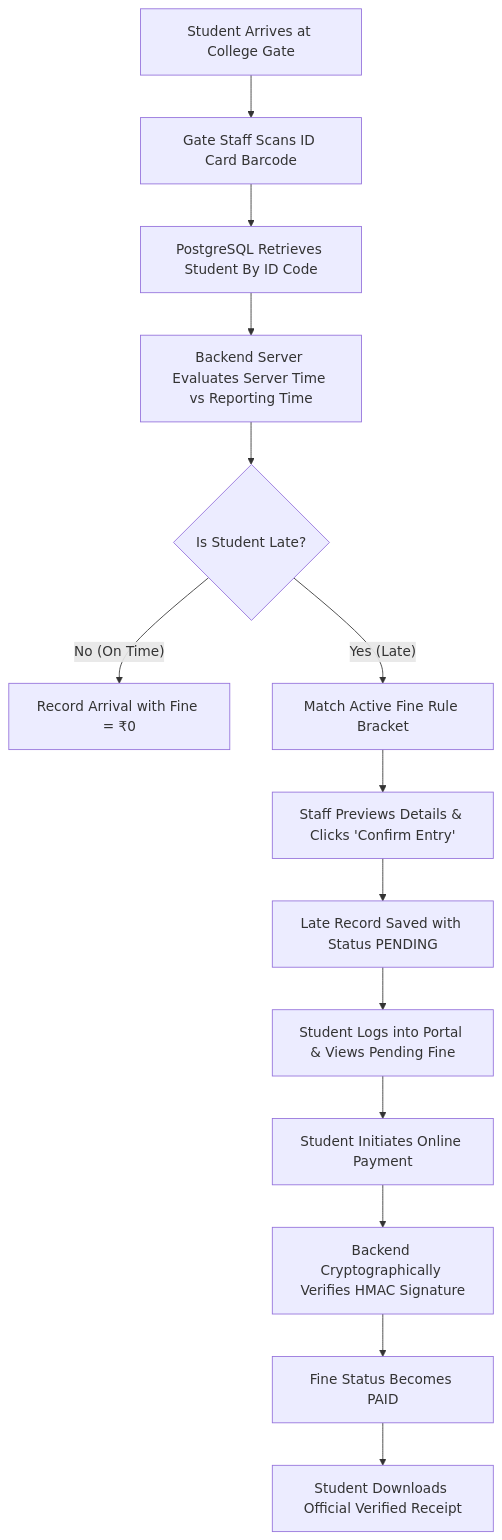
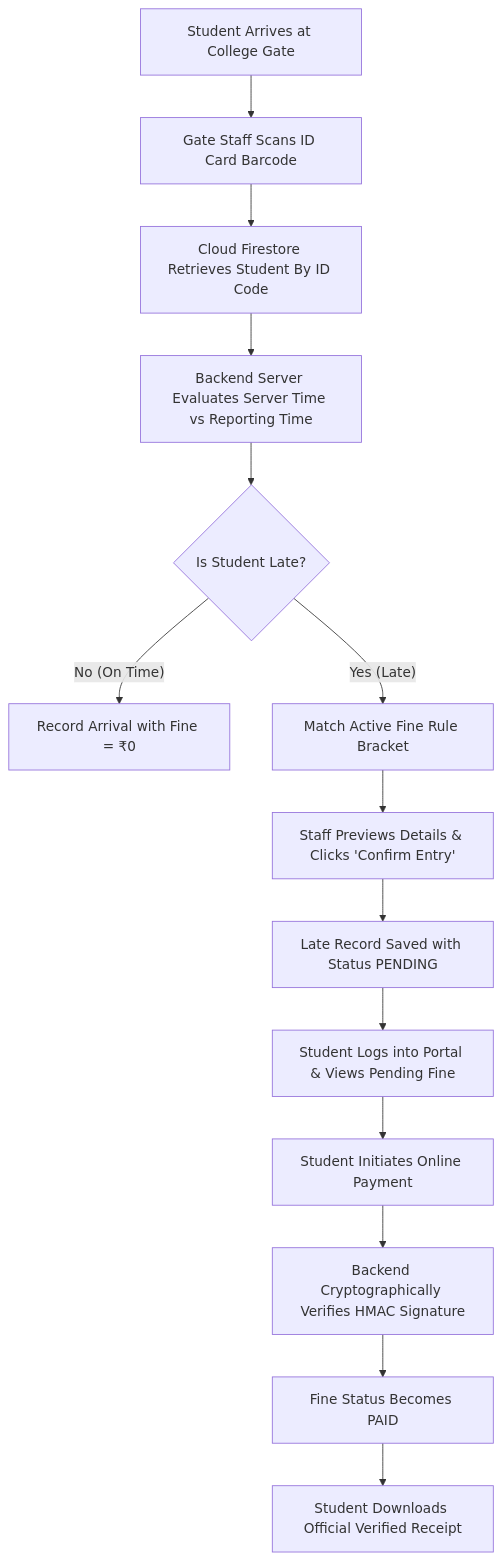
One commit to murali-2006/OnTime changed the diagram in README.md. Above: the diagram before and after it, drawn with Mermaid. The commit also changed other lines of this file and 13 other files, not shown here.

Commit message:
Remove unused PostgreSQL code

````diff
--- a/README.md
+++ b/README.md
@@ -11,16 +11,16 @@
 ```mermaid
 graph TD
     A[Student Arrives at College Gate] --> B[Gate Staff Scans ID Card Barcode]
-    B --> C[PostgreSQL Retrieves Student By ID Code]
+    B --> C[Cloud Firestore Retrieves Student By ID Code]
     C --> D[Backend Server Evaluates Server Time vs Reporting Time]
     D --> E{Is Student Late?}
     E -- No (On Time) --> F[Record Arrival with Fine = ₹0]
     E -- Yes (Late) --> G[Match Active Fine Rule Bracket]
     G --> H[Staff Previews Details & Clicks 'Confirm Entry']
     H --> I[Late Record Saved with Status PENDING]
     I --> J[Student Logs into Portal & Views Pending Fine]
     J --> K[Student Initiates Online Payment]
     K --> L[Backend Cryptographically Verifies HMAC Signature]
     L --> M[Fine Status Becomes PAID]
     M --> N[Student Downloads Official Verified Receipt]
 ```
````
